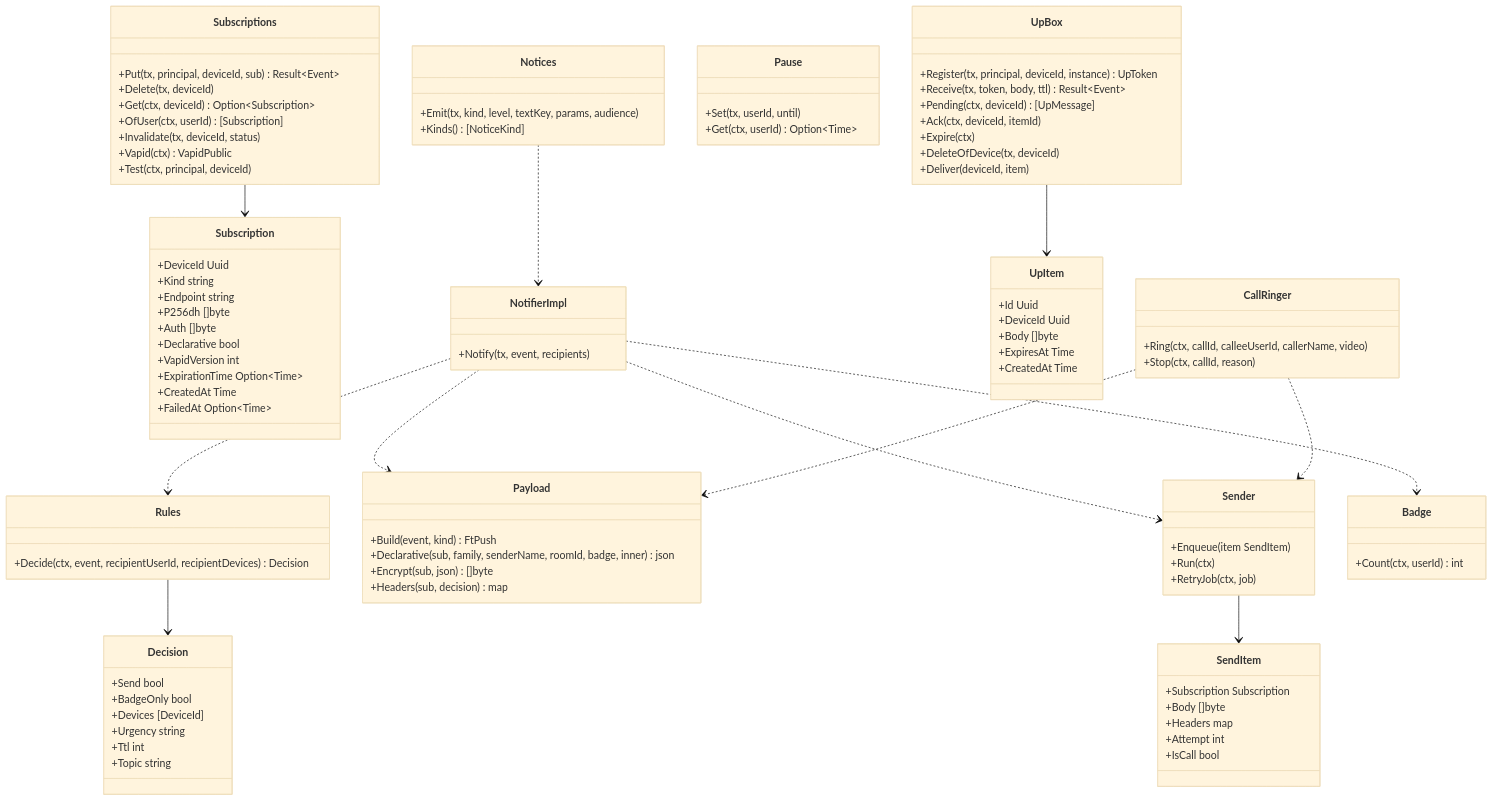
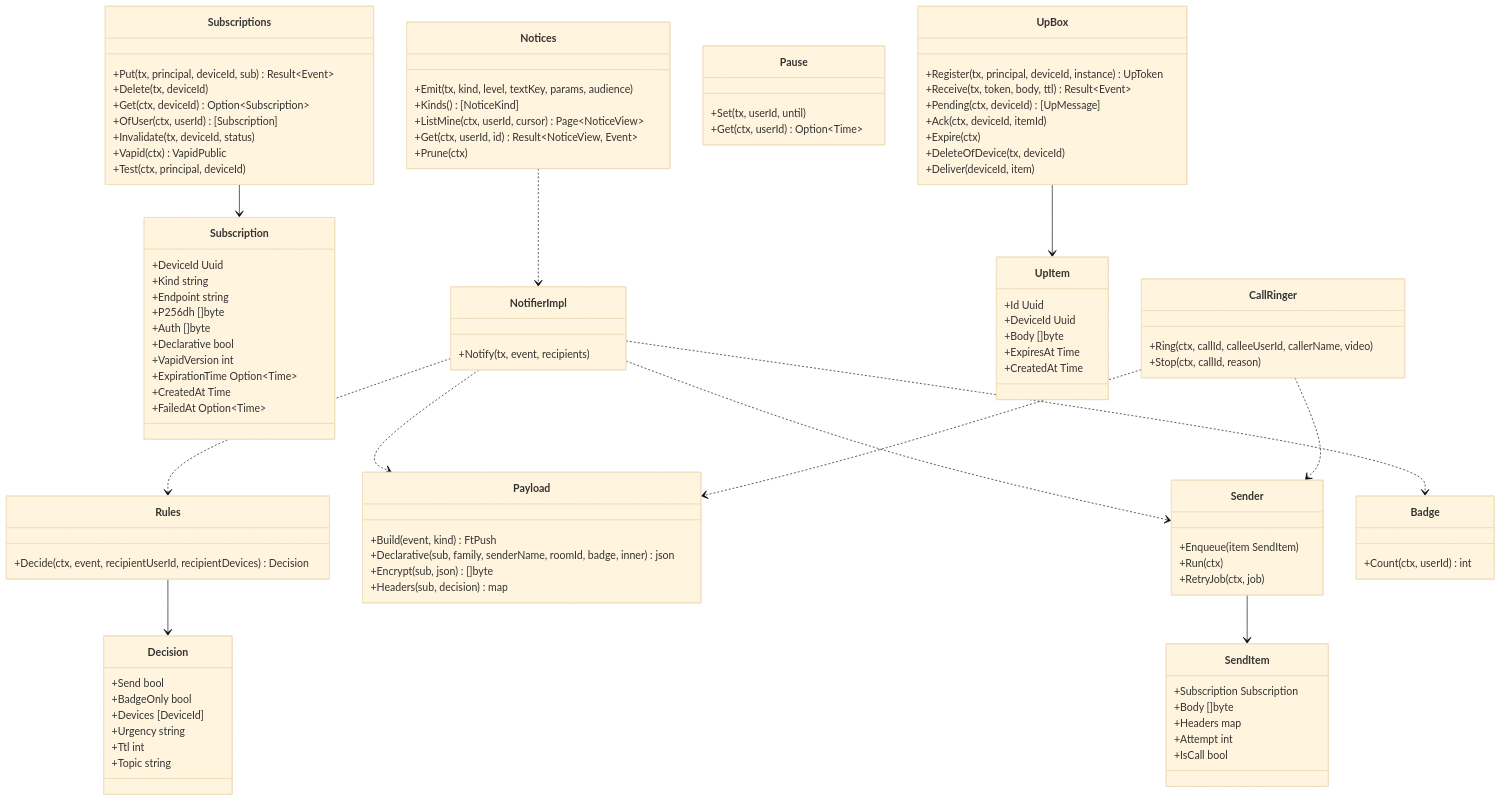
The diagram in dev/docs/jp/ブロック/srv-push.md (nrsd-ishikawasou/family-talk-pwa), drawn with Mermaid (base theme) before and after one commit. The commit also changed other lines of this file and 165 other files, not shown here.

```diff
--- a/dev/docs/jp/ブロック/srv-push.md
+++ b/dev/docs/jp/ブロック/srv-push.md
@@ -126,6 +130,9 @@
   class Notices {
     +Emit(tx, kind, level, textKey, params, audience)
     +Kinds() [NoticeKind]
+    +ListMine(ctx, userId, cursor) Page~NoticeView~
+    +Get(ctx, userId, id) Result~NoticeView, Event~
+    +Prune(ctx)
   }
   class NotifierImpl {
     +Notify(tx, event, recipients)
```
